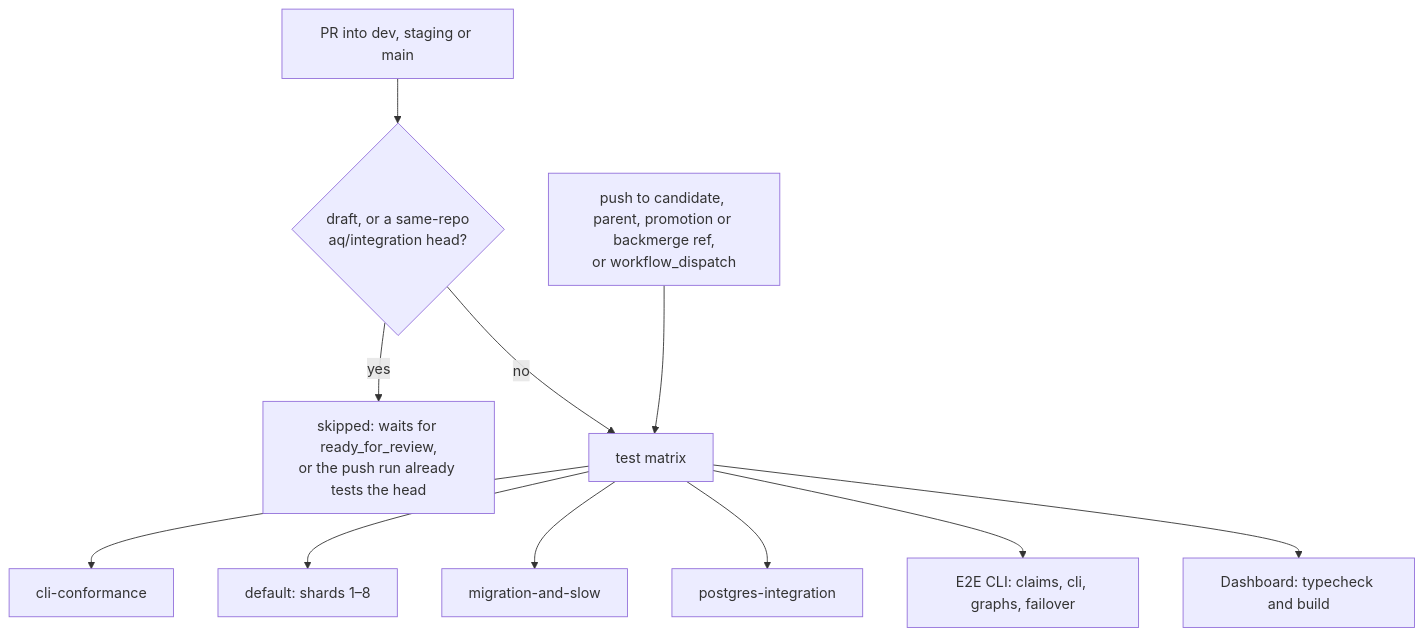
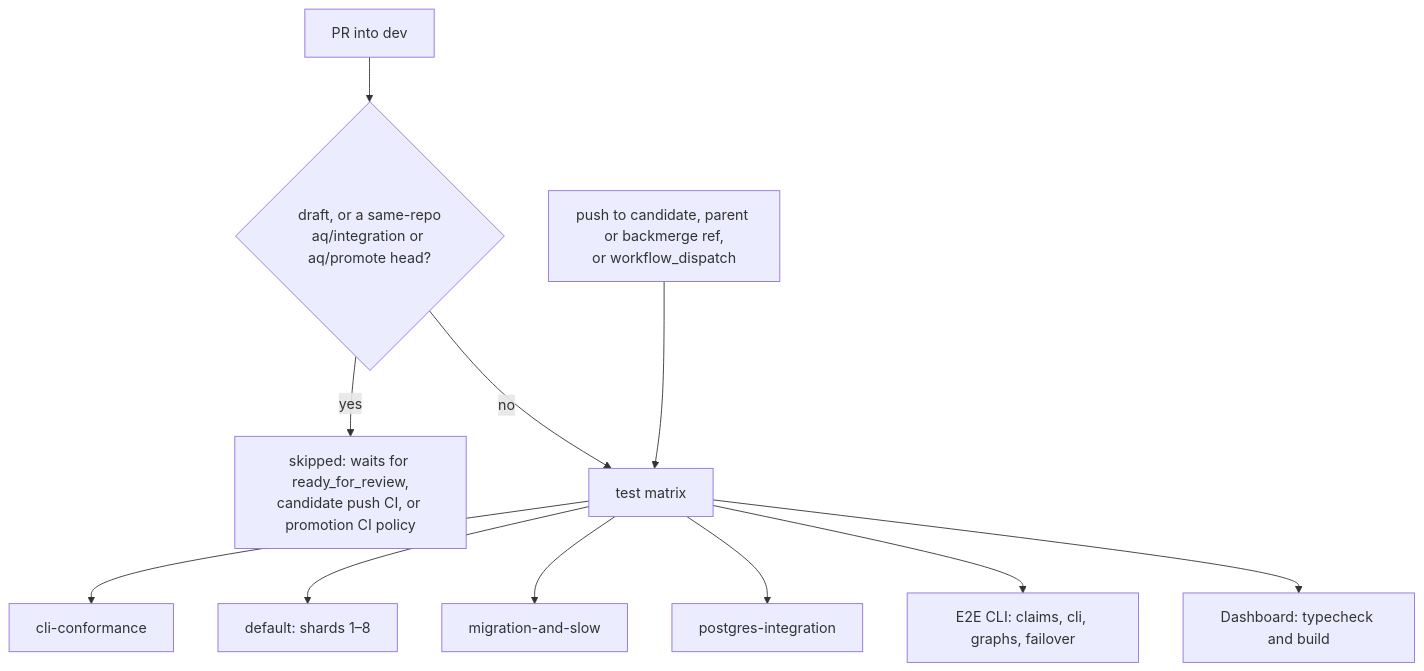
One commit to ElectricJack/agent-queue changed the diagram in docs/contributing/ci.md. Above: the diagram before and after it, drawn with Mermaid. The commit also changed other lines of this file and 18 other files, not shown here.

````diff
--- a/docs/contributing/ci.md
+++ b/docs/contributing/ci.md
@@ -55,13 +55,13 @@
 ```mermaid
 flowchart TD
-    A[PR into dev, staging or main] --> S{draft, or a same-repo<br/>aq/integration head?}
-    S -->|yes| D[skipped: waits for ready_for_review,<br/>or the push run already tests the head]
+    A[PR into dev] --> S{draft, or a same-repo<br/>aq/integration or aq/promote head?}
+    S -->|yes| D[skipped: waits for ready_for_review,<br/>candidate push CI, or promotion CI policy]
     S -->|no| C[test matrix]
-    B[push to candidate, parent, promotion or backmerge ref,<br/>or workflow_dispatch] --> C
+    B[push to candidate, parent or backmerge ref,<br/>or workflow_dispatch] --> C
     C --> E[cli-conformance]
     C --> F[default: shards 1–8]
     C --> G[migration-and-slow]
     C --> H[postgres-integration]
     C --> I[E2E CLI: claims, cli, graphs, failover]
     C --> J[Dashboard: typecheck and build]
 ```
````
